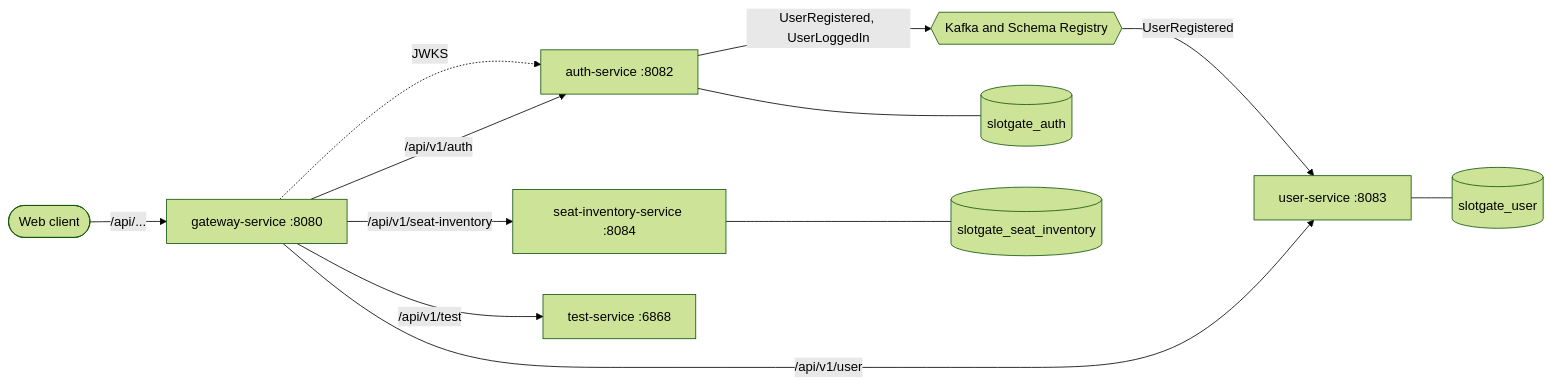
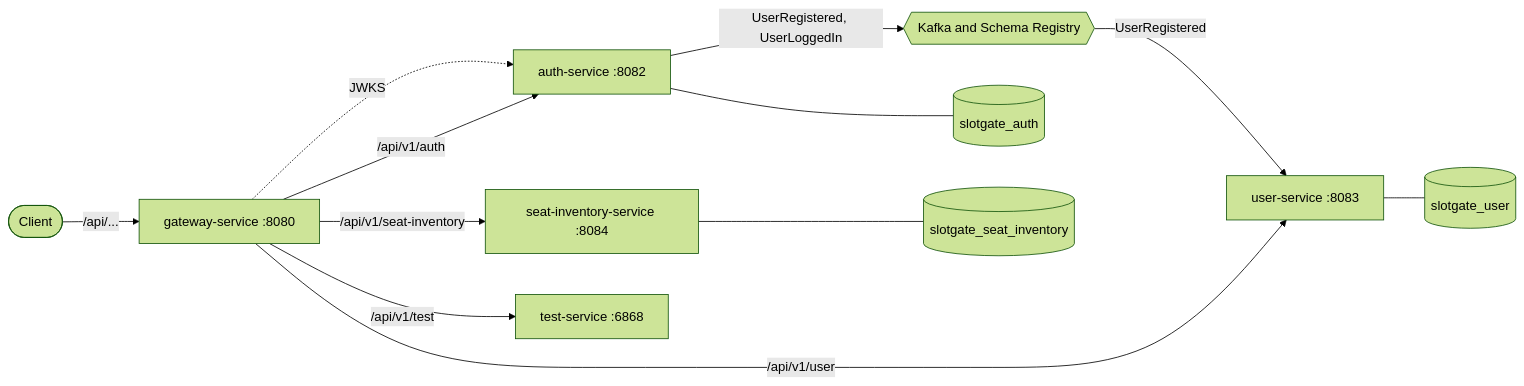
One commit to phuck40clnq/slotgate changed the diagram in docs/architecture/overview.md. Above: the diagram before and after it, drawn with Mermaid (forest theme). The commit also changed 86 other files, not shown here.

Commit message:
refactor: remove the vanilla JavaScript web client

````diff
--- a/docs/architecture/overview.md
+++ b/docs/architecture/overview.md
@@ -7,14 +7,14 @@
 ```mermaid
 flowchart LR
-    client([Web client]) -->|/api/...| gateway[gateway-service :8080]
+    client([Client]) -->|/api/...| gateway[gateway-service :8080]
     gateway -->|/api/v1/auth| auth[auth-service :8082]
     gateway -->|/api/v1/user| user[user-service :8083]
     gateway -->|/api/v1/seat-inventory| seats[seat-inventory-service :8084]
     gateway -->|/api/v1/test| test[test-service :6868]
     gateway -.->|JWKS| auth
     auth -->|UserRegistered, UserLoggedIn| kafka{{Kafka and Schema Registry}}
     kafka -->|UserRegistered| user
     auth --- authdb[(slotgate_auth)]
     user --- userdb[(slotgate_user)]
     seats --- seatsdb[(slotgate_seat_inventory)]
 ```
````
